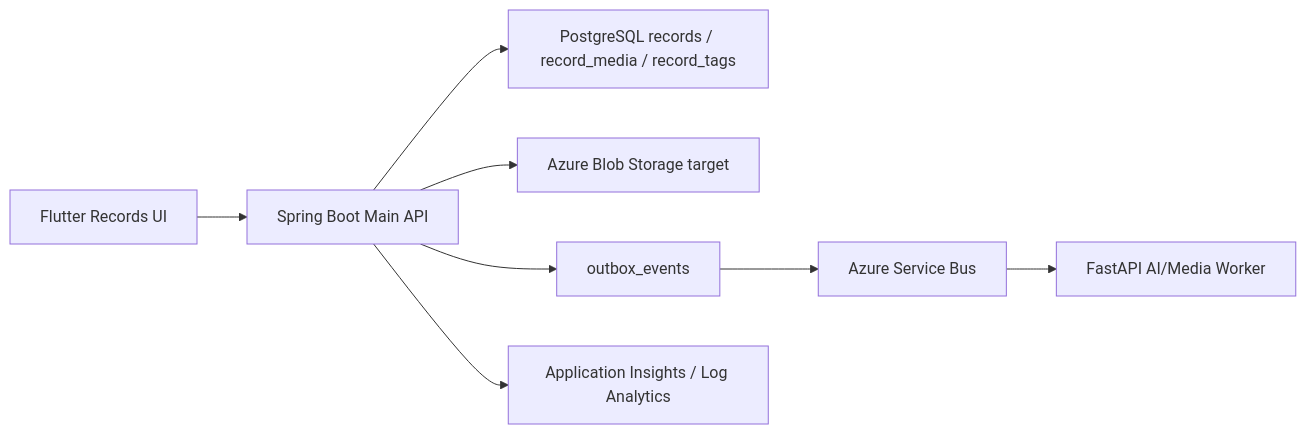
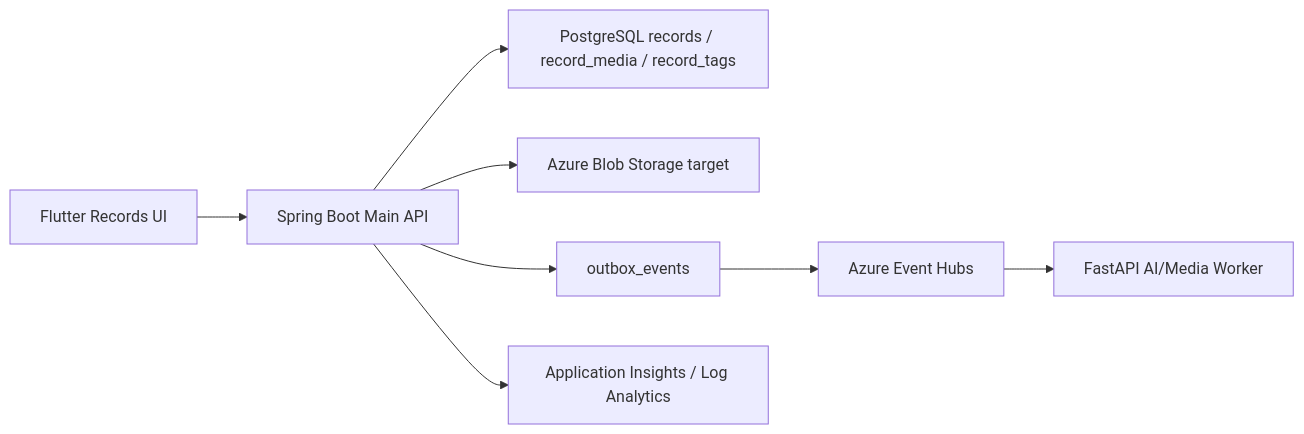
The diagram in docs/architecture/records-memories-media-ootd-architecture.md (Onieum/ONMU), drawn with Mermaid before and after one commit. The commit also changed other lines of this file and 71 other files, not shown here.

````diff
--- a/docs/architecture/records-memories-media-ootd-architecture.md
+++ b/docs/architecture/records-memories-media-ootd-architecture.md
@@ -241,10 +241,10 @@
 ```mermaid
 flowchart LR
   Flutter["Flutter Records UI"] --> API["Spring Boot Main API"]
   API --> PG["PostgreSQL records / record_media / record_tags"]
   API --> Blob["Azure Blob Storage target"]
   API --> Outbox["outbox_events"]
-  Outbox --> Bus["Azure Service Bus"]
+  Outbox --> Bus["Azure Event Hubs"]
   Bus --> Worker["FastAPI AI/Media Worker"]
   API --> Monitor["Application Insights / Log Analytics"]
 ```
````
